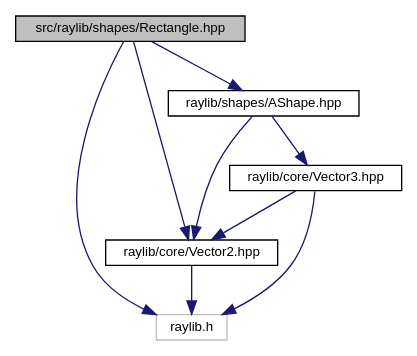
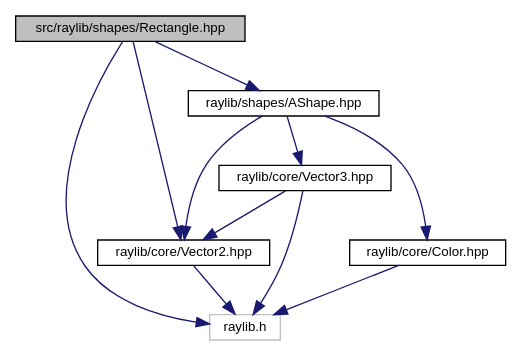
Before and after one commit to MisterPeModder/Bomberman-Global-Offensive: the diagram in _rectangle_8hpp__incl.dot, drawn with Graphviz. The commit also changed 98 other files, not shown here.

```diff
--- a/_rectangle_8hpp__incl.dot
+++ b/_rectangle_8hpp__incl.dot
@@ -1,19 +1,22 @@
 digraph "src/raylib/shapes/Rectangle.hpp"
 {
  // LATEX_PDF_SIZE
   edge [fontname="Helvetica",fontsize="10",labelfontname="Helvetica",labelfontsize="10"];
   node [fontname="Helvetica",fontsize="10",shape=record];
   Node1 [label="src/raylib/shapes/Rectangle.hpp",height=0.2,width=0.4,color="black", fillcolor="grey75", style="filled", fontcolor="black",tooltip=" "];
   Node1 -> Node2 [color="midnightblue",fontsize="10",style="solid",fontname="Helvetica"];
   Node2 [label="raylib/core/Vector2.hpp",height=0.2,width=0.4,color="black", fillcolor="white", style="filled",URL="$_vector2_8hpp.html",tooltip=" "];
   Node2 -> Node3 [color="midnightblue",fontsize="10",style="solid",fontname="Helvetica"];
   Node3 [label="raylib.h",height=0.2,width=0.4,color="grey75", fillcolor="white", style="filled",tooltip=" "];
   Node1 -> Node4 [color="midnightblue",fontsize="10",style="solid",fontname="Helvetica"];
   Node4 [label="raylib/shapes/AShape.hpp",height=0.2,width=0.4,color="black", fillcolor="white", style="filled",URL="$_a_shape_8hpp.html",tooltip=" "];
+  Node4 -> Node5 [color="midnightblue",fontsize="10",style="solid",fontname="Helvetica"];
+  Node5 [label="raylib/core/Color.hpp",height=0.2,width=0.4,color="black", fillcolor="white", style="filled",URL="$_color_8hpp.html",tooltip=" "];
+  Node5 -> Node3 [color="midnightblue",fontsize="10",style="solid",fontname="Helvetica"];
   Node4 -> Node2 [color="midnightblue",fontsize="10",style="solid",fontname="Helvetica"];
-  Node4 -> Node5 [color="midnightblue",fontsize="10",style="solid",fontname="Helvetica"];
-  Node5 [label="raylib/core/Vector3.hpp",height=0.2,width=0.4,color="black", fillcolor="white", style="filled",URL="$_vector3_8hpp.html",tooltip=" "];
-  Node5 -> Node2 [color="midnightblue",fontsize="10",style="solid",fontname="Helvetica"];
-  Node5 -> Node3 [color="midnightblue",fontsize="10",style="solid",fontname="Helvetica"];
+  Node4 -> Node6 [color="midnightblue",fontsize="10",style="solid",fontname="Helvetica"];
+  Node6 [label="raylib/core/Vector3.hpp",height=0.2,width=0.4,color="black", fillcolor="white", style="filled",URL="$_vector3_8hpp.html",tooltip=" "];
+  Node6 -> Node2 [color="midnightblue",fontsize="10",style="solid",fontname="Helvetica"];
+  Node6 -> Node3 [color="midnightblue",fontsize="10",style="solid",fontname="Helvetica"];
   Node1 -> Node3 [color="midnightblue",fontsize="10",style="solid",fontname="Helvetica"];
 }
```
